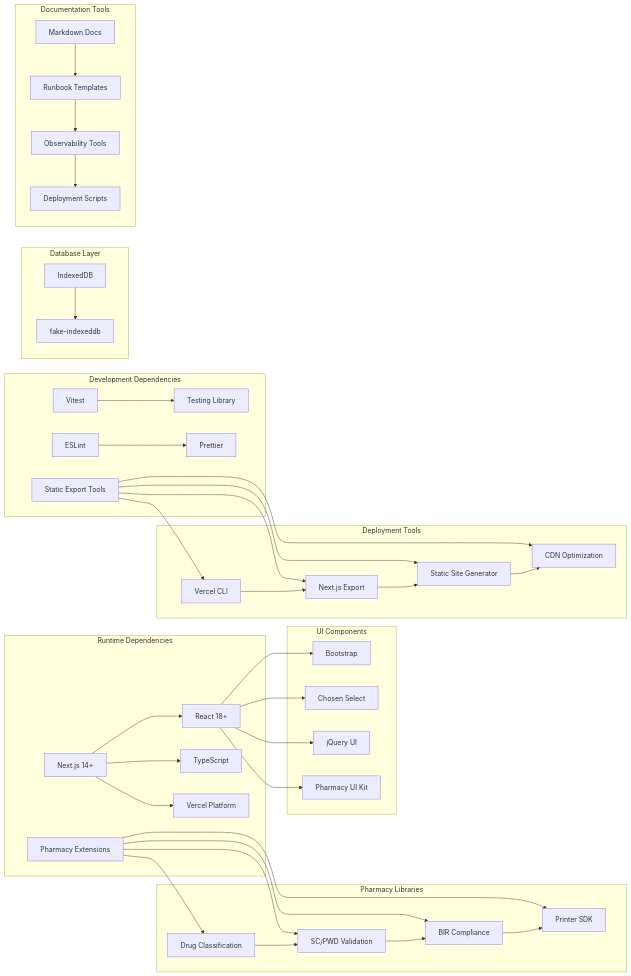
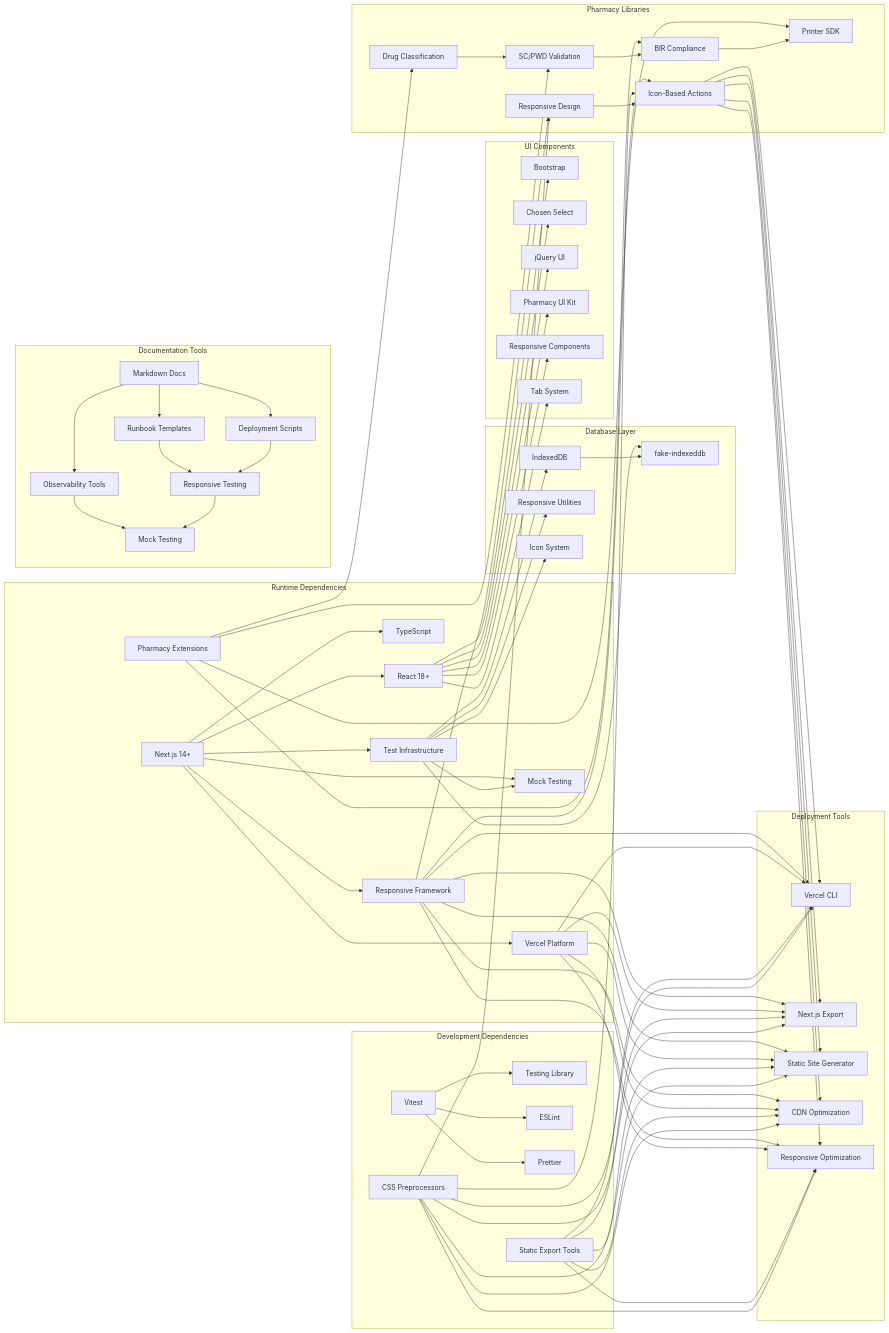
The sixth of 6 diagrams in .qoder/repowiki/en/content/Frontend Interface/Next.js Web POS Prototype/Next.js Web POS Prototype.md (yosefdc7/PharmaPOS), drawn with Mermaid before and after one commit. The commit also changed other lines of this file and 103 other files, not shown here.

````diff
--- a/.qoder/repowiki/en/content/Frontend Interface/Next.js Web POS Prototype/Next.js Web POS Prototype.md
+++ b/.qoder/repowiki/en/content/Frontend Interface/Next.js Web POS Prototype/Next.js Web POS Prototype.md
@@ -667,67 +832,118 @@
 C[TypeScript]
 D[Pharmacy Extensions]
 E[Vercel Platform]
+F[Responsive Framework]
+G[Test Infrastructure]
+H[Mock Testing]
 end
 subgraph "Development Dependencies"
-F[Vitest]
-G[Testing Library]
-H[ESLint]
-I[Prettier]
-J[Static Export Tools]
+I[Vitest]
+J[Testing Library]
+K[ESLint]
+L[Prettier]
+M[Static Export Tools]
+N[CSS Preprocessors]
 end
 subgraph "Database Layer"
-K[IndexedDB]
-L[fake-indexeddb]
+O[IndexedDB]
+P[fake-indexeddb]
+Q[Responsive Utilities]
+R[Icon System]
 end
 subgraph "UI Components"
-M[Bootstrap]
-N[Chosen Select]
-O[jQuery UI]
-P[Pharmacy UI Kit]
+S[Bootstrap]
+T[Chosen Select]
+U[jQuery UI]
+V[Pharmacy UI Kit]
+W[Responsive Components]
+X[Tab System]
 end
 subgraph "Pharmacy Libraries"
-Q[Drug Classification]
-R[SC/PWD Validation]
-S[BIR Compliance]
-T[Printer SDK]
+Y[Drug Classification]
+Z[SC/PWD Validation]
+AA[BIR Compliance]
+BB[Printer SDK]
+CC[Responsive Design]
+DD[Icon-Based Actions]
 end
 subgraph "Deployment Tools"
-U[Vercel CLI]
-V[Next.js Export]
-W[Static Site Generator]
-X[CDN Optimization]
+EE[Vercel CLI]
+FF[Next.js Export]
+GG[Static Site Generator]
+HH[CDN Optimization]
+II[Responsive Optimization]
 end
 subgraph "Documentation Tools"
-Y[Markdown Docs]
-Z[Runbook Templates]
-AA[Observability Tools]
-BB[Deployment Scripts]
+JJ[Markdown Docs]
+KK[Runbook Templates]
+LL[Observability Tools]
+MM[Deployment Scripts]
+NN[Responsive Testing]
+OO[Mock Testing]
 end
 A --> B
 A --> C
 A --> E
-D --> Q
-D --> R
-D --> S
-D --> T
-F --> G
-H --> I
-J --> U
-J --> V
-J --> W
-J --> X
-K --> L
-B --> M
-B --> N
-B --> O
-B --> P
-Q --> R
-R --> S
-S --> T
-U --> V
-V --> W
-W --> X
+A --> F
+A --> G
+A --> H
+D --> Y
+D --> Z
+D --> AA
+D --> BB
+F --> CC
+F --> DD
+F --> EE
+F --> FF
+F --> GG
+F --> HH
+F --> II
+E --> EE
+E --> FF
+E --> GG
+E --> HH
+E --> II
+G --> H
+G --> O
+G --> P
+G --> Q
+G --> R
+I --> J
+I --> K
+I --> L
+M --> EE
+M --> FF
+M --> GG
+M --> HH
+M --> II
+N --> CC
+N --> DD
+N --> EE
+N --> FF
+N --> GG
+N --> HH
+N --> II
+O --> P
+B --> S
+B --> T
+B --> U
+B --> V
+B --> W
+B --> X
 Y --> Z
 Z --> AA
 AA --> BB
+CC --> DD
+DD --> EE
+DD --> FF
+DD --> GG
+DD --> HH
+DD --> II
+JJ --> KK
+JJ --> LL
+JJ --> MM
+KK --> NN
+LL --> OO
+MM --> NN
+NN --> OO
 ```
````
